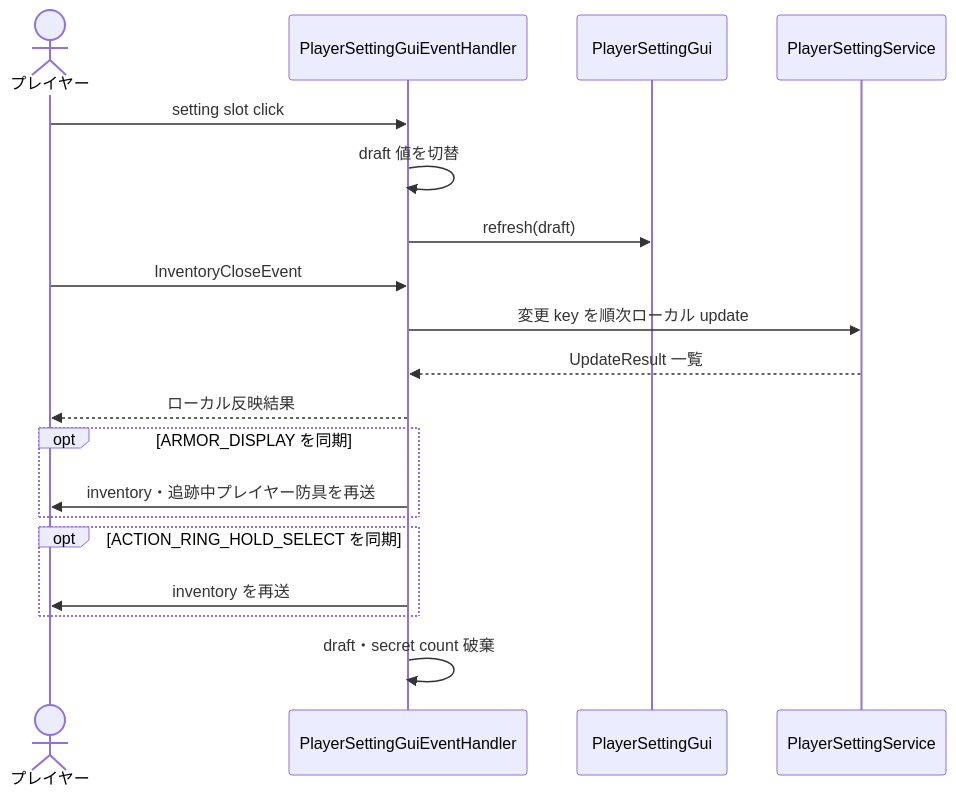
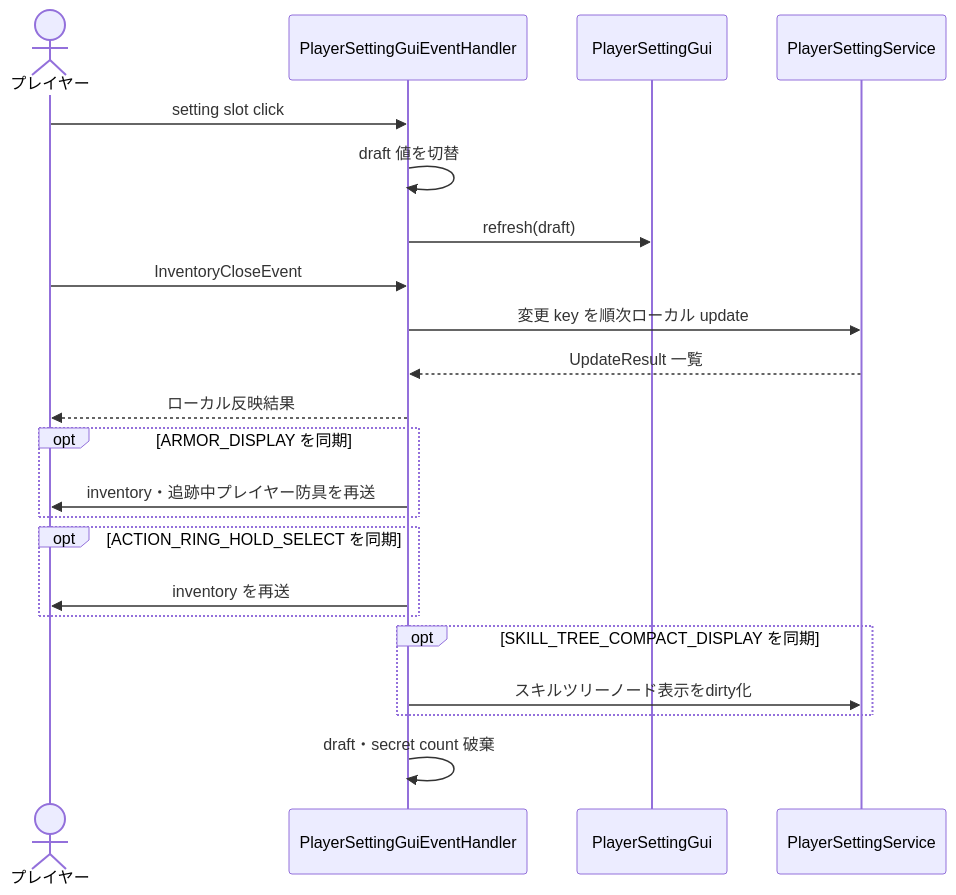
One commit to maaasu/AstralRecord-Workspace changed the third of 3 diagrams in 00_docs/10_Plugin設計書/feature/11-player-setting/11_4-統合フロー.md. Above: the diagram before and after it, drawn with Mermaid. The commit also changed other lines of this file and 25 other files, not shown here.

````diff
--- a/00_docs/10_Plugin設計書/feature/11-player-setting/11_4-統合フロー.md
+++ b/00_docs/10_Plugin設計書/feature/11-player-setting/11_4-統合フロー.md
@@ -82,22 +82,25 @@
 ```mermaid
 sequenceDiagram
     actor Player as プレイヤー
     participant Event as PlayerSettingGuiEventHandler
     participant Gui as PlayerSettingGui
     participant Service as PlayerSettingService
 
     Player->>Event: setting slot click
     Event->>Event: draft 値を切替
     Event->>Gui: refresh(draft)
     Player->>Event: InventoryCloseEvent
     Event->>Service: 変更 key を順次ローカル update
     Service-->>Event: UpdateResult 一覧
     Event-->>Player: ローカル反映結果
     opt ARMOR_DISPLAY を同期
         Event->>Player: inventory・追跡中プレイヤー防具を再送
     end
     opt ACTION_RING_HOLD_SELECT を同期
         Event->>Player: inventory を再送
     end
+    opt SKILL_TREE_COMPACT_DISPLAY を同期
+        Event->>Service: スキルツリーノード表示をdirty化
+    end
     Event->>Event: draft・secret count 破棄
 ```
````
